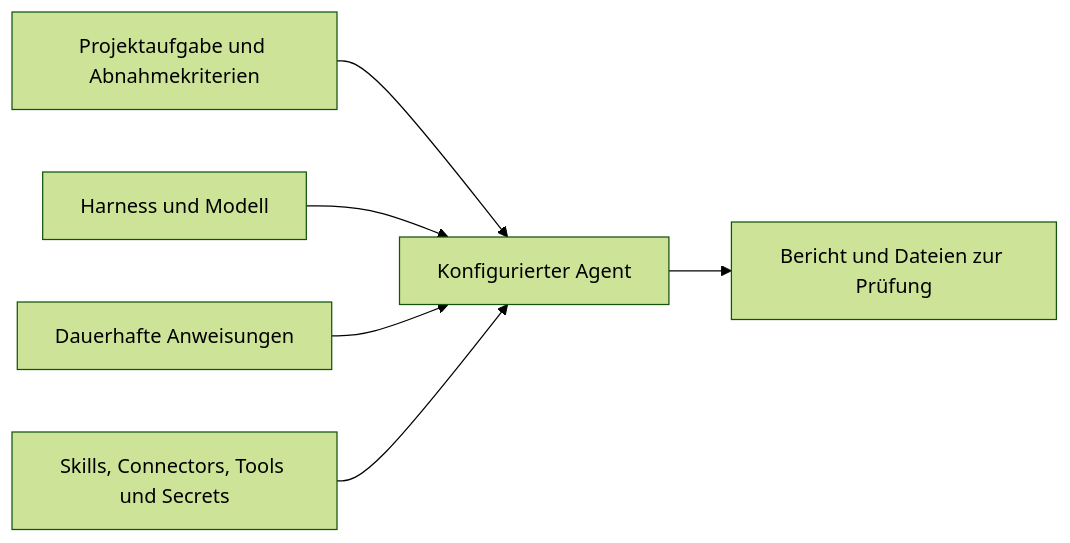
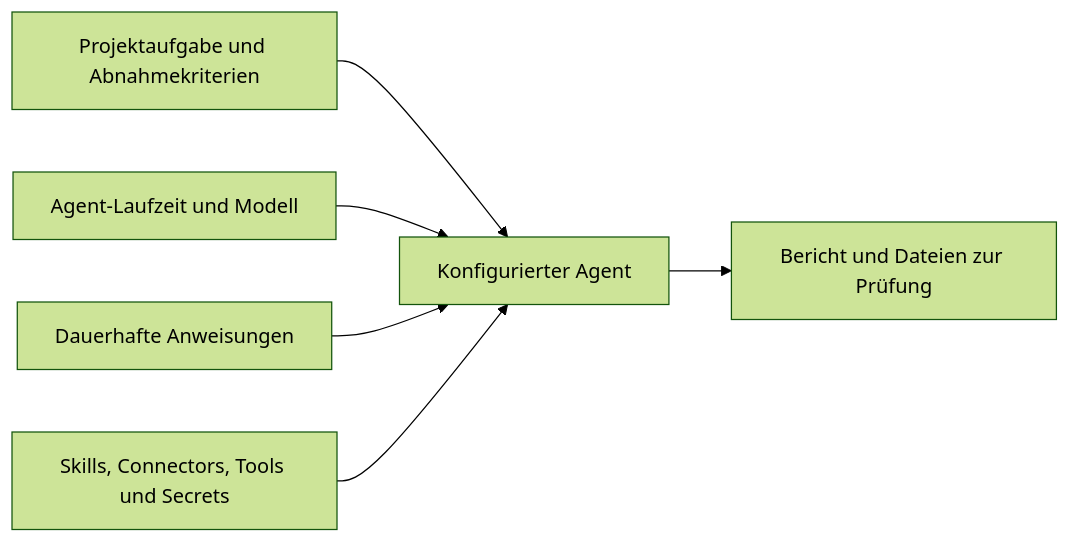
Before and after one commit to tale-project/tale: the diagram in docs/de/platform/agents/concepts.md, drawn with Mermaid (forest theme). The commit also changed other lines of this file and 106 other files, not shown here.

````diff
--- a/docs/de/platform/agents/concepts.md
+++ b/docs/de/platform/agents/concepts.md
@@ -37,8 +37,8 @@
 ```mermaid
 flowchart LR
     P[Projektaufgabe und Abnahmekriterien] --> A[Konfigurierter Agent]
-    H[Harness und Modell] --> A
+    H[Agent-Laufzeit und Modell] --> A
     I[Dauerhafte Anweisungen] --> A
     E[Skills, Connectors, Tools und Secrets] --> A
     A --> R[Bericht und Dateien zur Prüfung]
 ```
````
